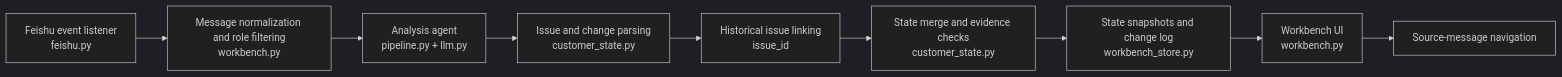
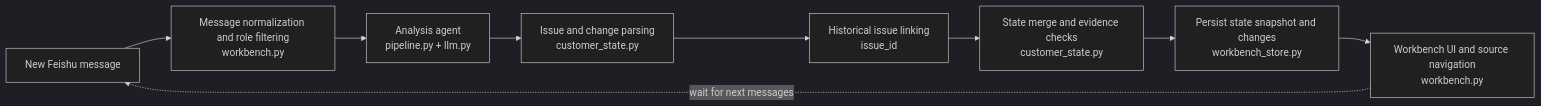
Before and after one commit to sheily899/feishu-sales-dealtrace: the diagram in README.md, drawn with Mermaid (dark theme). The commit also changed other lines of this file and 1 other file, not shown here.

````diff
--- a/README.md
+++ b/README.md
@@ -31,11 +31,11 @@
 ```mermaid
 flowchart LR
-    A[Feishu event listener\nfeishu.py] --> B[Message normalization and role filtering\nworkbench.py]
+    A[New Feishu message] --> B[Message normalization and role filtering\nworkbench.py]
     B --> C[Analysis agent\npipeline.py + llm.py]
     C --> D[Issue and change parsing\ncustomer_state.py]
     D --> E[Historical issue linking\nissue_id]
     E --> F[State merge and evidence checks\ncustomer_state.py]
-    F --> G[State snapshots and change log\nworkbench_store.py]
-    G --> H[Workbench UI\nworkbench.py]
-    H --> I[Source-message navigation]
+    F --> G[Persist state snapshot and changes\nworkbench_store.py]
+    G --> H[Workbench UI and source navigation\nworkbench.py]
+    H -. wait for next messages .-> A
 ```
````
